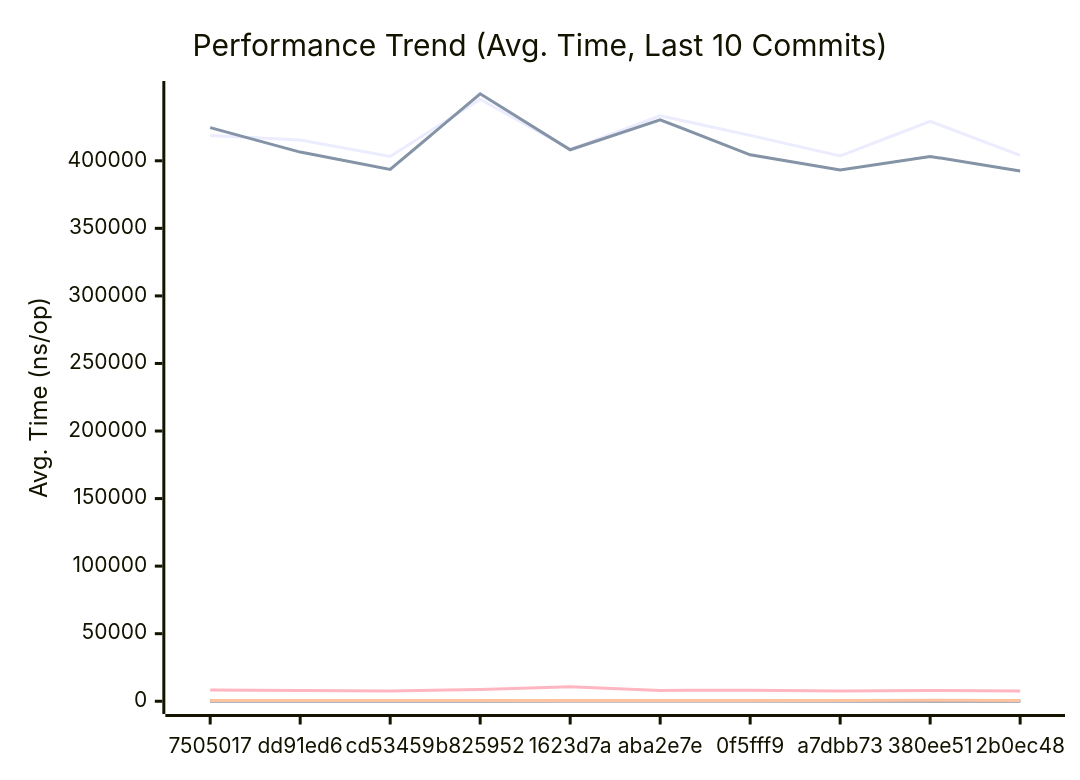
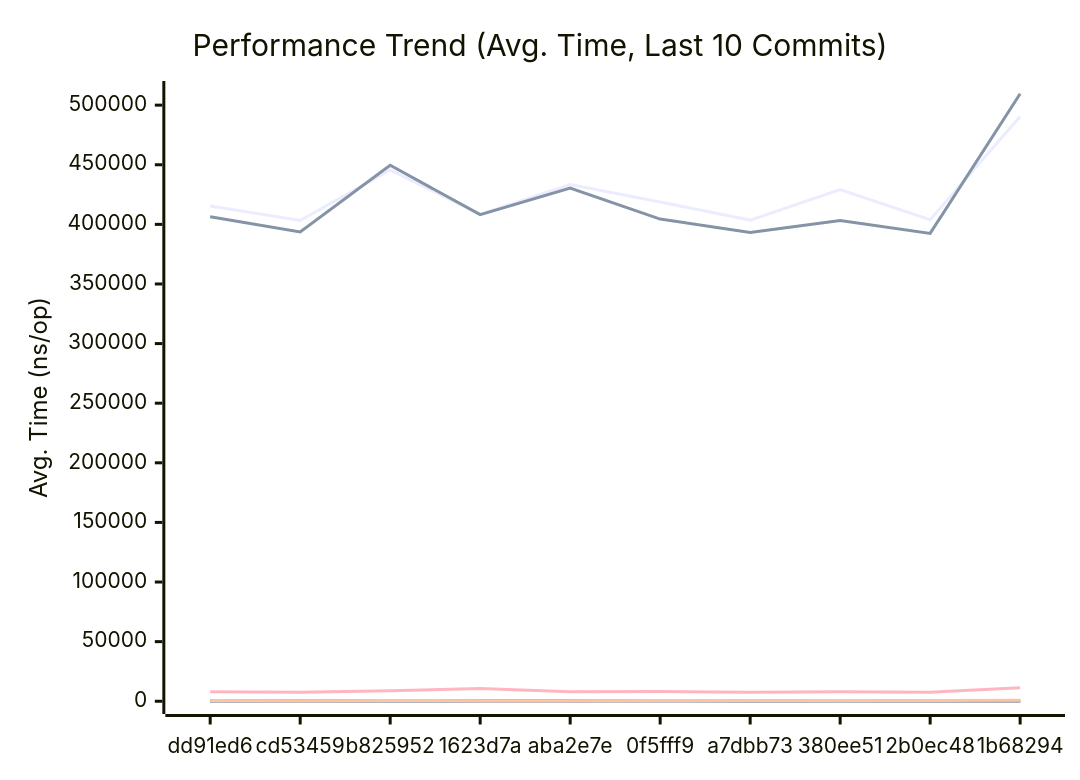
The first of 3 diagrams in docs/PERFORMANCE.md (alsotoes/momo), drawn with Mermaid before and after one commit. The commit also changed other lines of this file and 2 other files, not shown here.

````diff
--- a/docs/PERFORMANCE.md
+++ b/docs/PERFORMANCE.md
@@ -145,20 +145,20 @@
 ```mermaid
 xychart-beta
     title "Performance Trend (Avg. Time, Last 10 Commits)"
     x-axis "Commit"
     y-axis "Avg. Time (ns/op)"
-    x-axis [7505017,dd91ed6,cd53459,b825952,1623d7a,aba2e7e,0f5fff9,a7dbb73,380ee51,2b0ec48]
-    line "AWSChunkedReaderSigned" [418649,415373,403249,445617,408424,433346,418811,403588,429229,403967]
-    line "AWSChunkedReaderUnsigned" [424530,406436,393596,449617,408148,430389,404420,393243,403247,392414]
-    line "CheckMetricsAndSwap" [8,7,8,8,9,8,8,7,9,7]
-    line "CrushOptimized" [309,294,287,358,356,303,301,284,301,316]
-    line "CrushOriginal" [422,407,389,441,568,411,382,396,423,386]
+    x-axis [dd91ed6,cd53459,b825952,1623d7a,aba2e7e,0f5fff9,a7dbb73,380ee51,2b0ec48,1b68294]
+    line "AWSChunkedReaderSigned" [415373,403249,445617,408424,433346,418811,403588,429229,403967,490447]
+    line "AWSChunkedReaderUnsigned" [406436,393596,449617,408148,430389,404420,393243,403247,392414,509557]
+    line "CheckMetricsAndSwap" [7,8,8,9,8,8,7,9,7,10]
+    line "CrushOptimized" [294,287,358,356,303,301,284,301,316,380]
+    line "CrushOriginal" [407,389,441,568,411,382,396,423,386,547]
     line "IndexDirectTracking" [0,0,0,0,0,0,0,0,0,0]
-    line "IndexSearch" [2,2,1,1,2,2,2,3,3,3]
-    line "LoadGlobalConfig" [8319,7911,7590,8718,10767,8040,8190,7563,7976,7514]
-    line "PadString" [40,39,36,44,55,40,53,37,39,38]
+    line "IndexSearch" [2,1,1,2,2,2,3,3,3,3]
+    line "LoadGlobalConfig" [7911,7590,8718,10767,8040,8190,7563,7976,7514,11292]
+    line "PadString" [39,36,44,55,40,53,37,39,38,53]
     line "ParseReplicationOrder_NoPrealloc" [350,349,357,354,345,225,229,165,232,234]
     line "ParseReplicationOrder_Prealloc" [229,231,237,234,229,108,107,80,110,109]
-    line "SanitizeLog/Safe" [416,401,396,419,499,416,418,222,229,221]
-    line "SanitizeLog/Unsafe" [506,541,482,602,485,511,532,643,668,634]
+    line "SanitizeLog/Safe" [401,396,419,499,416,418,222,229,221,250]
+    line "SanitizeLog/Unsafe" [541,482,602,485,511,532,643,668,634,895]
 ```
````
